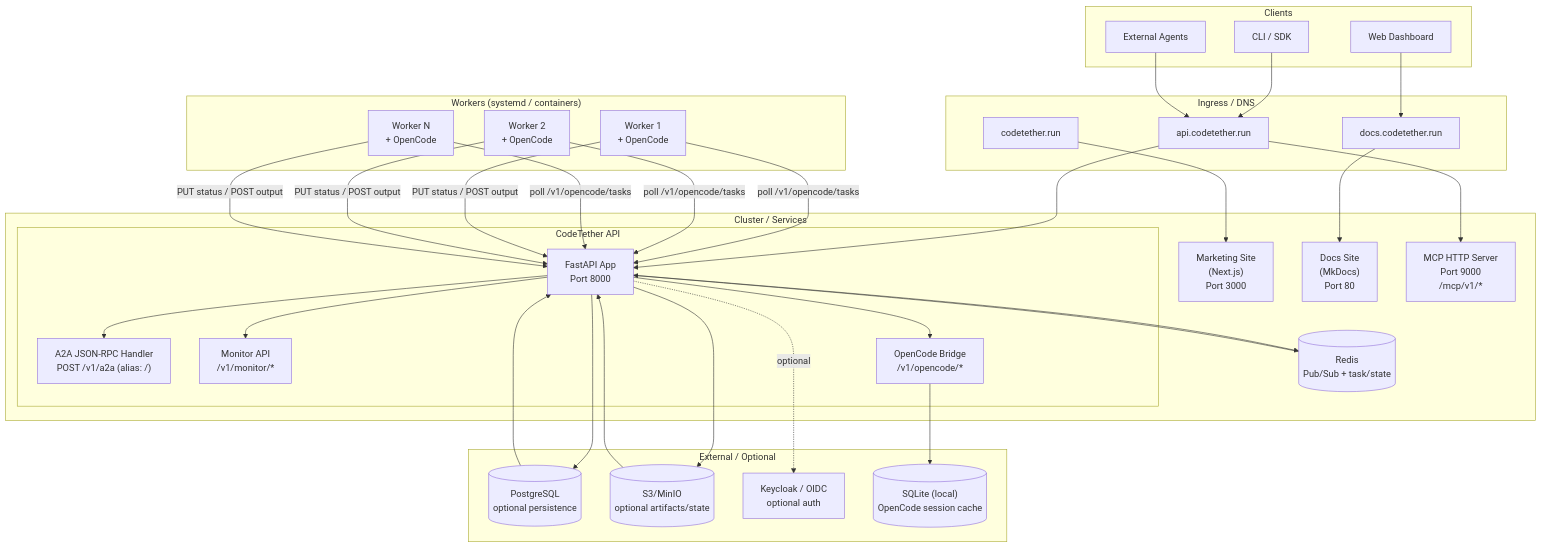
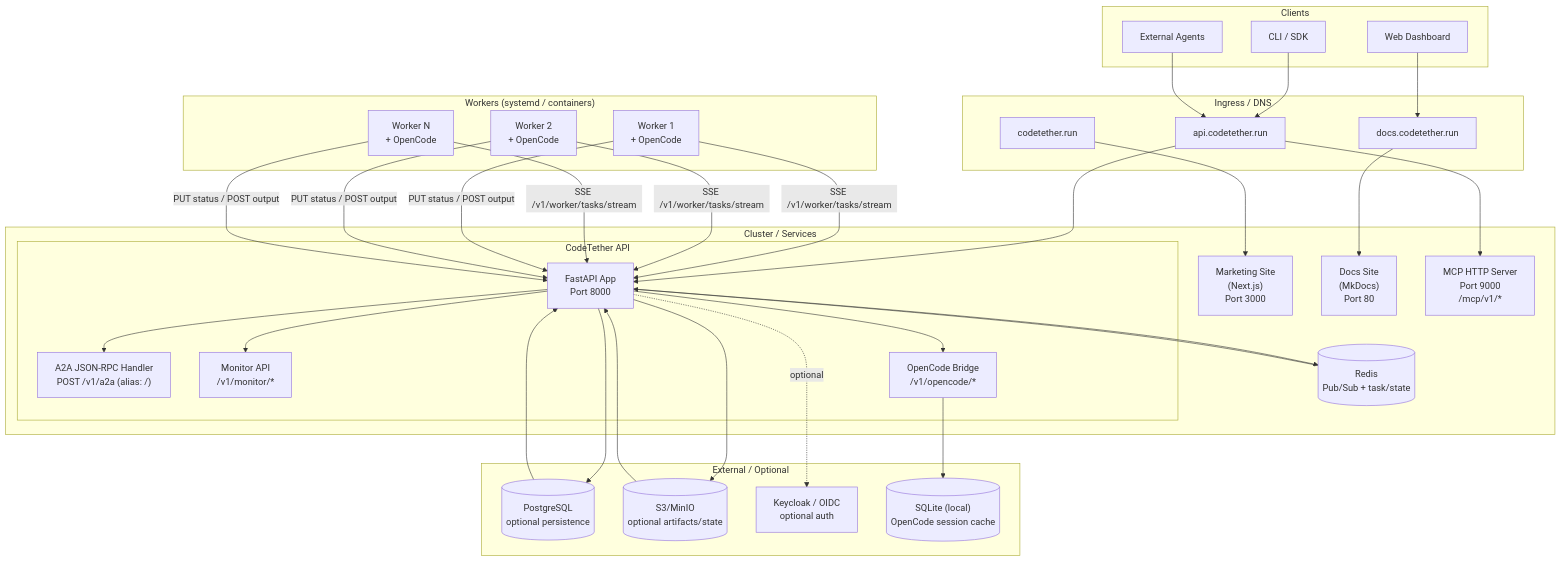
One commit to rileyseaburg/codetether changed the first of 3 diagrams in codetether-docs/concepts/architecture.md. Above: the diagram before and after it, drawn with Mermaid. The commit also changed other lines of this file and 26 other files, not shown here.

````diff
--- a/codetether-docs/concepts/architecture.md
+++ b/codetether-docs/concepts/architecture.md
@@ -12,72 +12,72 @@
 ```mermaid
 graph TB
     subgraph Clients
         Web[Web Dashboard]
         CLI[CLI / SDK]
         Agents[External Agents]
     end
 
     subgraph Edge[Ingress / DNS]
         MKT[codetether.run]
         DOCS[docs.codetether.run]
         APIHOST[api.codetether.run]
     end
 
     subgraph "Cluster / Services"
         Marketing["Marketing Site<br/>(Next.js)<br/>Port 3000"]
         DocsSite["Docs Site<br/>(MkDocs)<br/>Port 80"]
 
         subgraph "CodeTether API"
             API["FastAPI App<br/>Port 8000"]
             A2A["A2A JSON-RPC Handler<br/>POST /v1/a2a (alias: /)"]
             Monitor["Monitor API<br/>/v1/monitor/*"]
             OpenCode["OpenCode Bridge<br/>/v1/opencode/*"]
         end
 
         MCP["MCP HTTP Server<br/>Port 9000<br/>/mcp/v1/*"]
 
         Redis[("Redis<br/>Pub/Sub + task/state")]
     end
 
     subgraph "Workers (systemd / containers)"
         W1["Worker 1<br/>+ OpenCode"]
         W2["Worker 2<br/>+ OpenCode"]
         WN["Worker N<br/>+ OpenCode"]
     end
 
     subgraph "External / Optional"
         DB[("PostgreSQL<br/>optional persistence")]
         S3[("S3/MinIO<br/>optional artifacts/state")]
         Auth["Keycloak / OIDC<br/>optional auth"]
         SQLite[("SQLite (local)<br/>OpenCode session cache")]
     end
 
     Web --> DOCS
     CLI --> APIHOST
     Agents --> APIHOST
 
     MKT --> Marketing
     DOCS --> DocsSite
     APIHOST --> API
     APIHOST --> MCP
 
     API --> A2A
     API --> Monitor
     API --> OpenCode
 
     API --> Redis
     Redis --> API
     API --> DB
     DB --> API
     API --> S3
     S3 --> API
     API -. optional .-> Auth
     OpenCode --> SQLite
 
-    W1 -->|poll /v1/opencode/tasks| API
-    W2 -->|poll /v1/opencode/tasks| API
-    WN -->|poll /v1/opencode/tasks| API
+    W1 -->|SSE /v1/worker/tasks/stream| API
+    W2 -->|SSE /v1/worker/tasks/stream| API
+    WN -->|SSE /v1/worker/tasks/stream| API
     W1 -->|PUT status / POST output| API
     W2 -->|PUT status / POST output| API
     WN -->|PUT status / POST output| API
 ```
````
